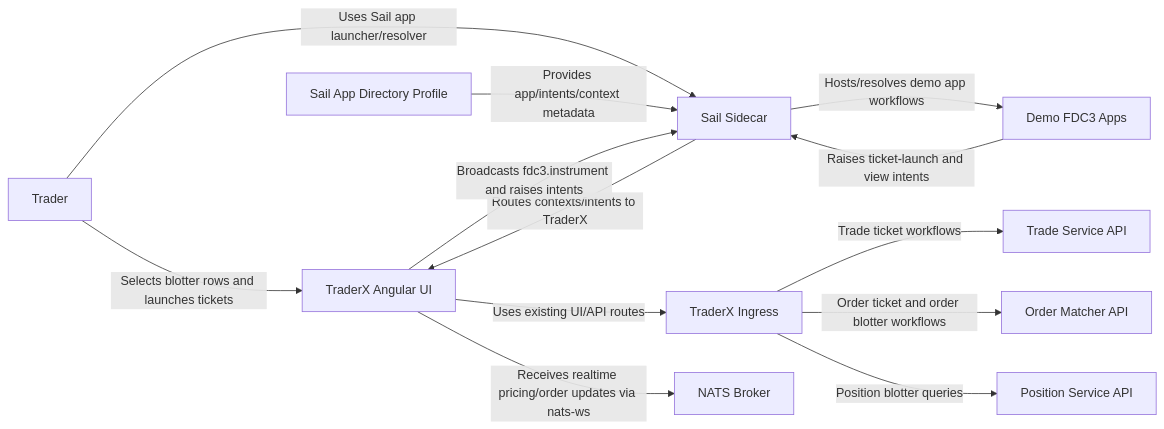
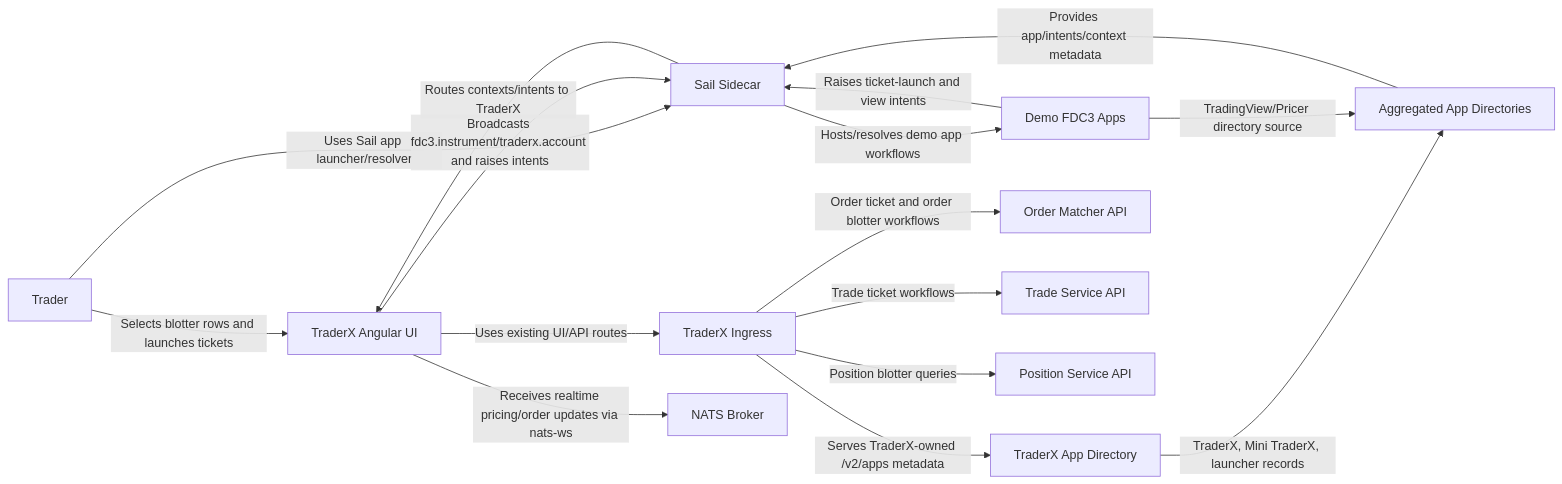
The diagram in specs/014-fdc3-intent-interoperability/system/architecture.md (finos/traderX), drawn with Mermaid before and after one commit. The commit also changed other lines of this file and 45 other files, not shown here.

Commit message:
Add FDC3 v3 Sail demo state

````diff
--- a/specs/014-fdc3-intent-interoperability/system/architecture.md
+++ b/specs/014-fdc3-intent-interoperability/system/architecture.md
@@ -16,25 +17,29 @@
 ```mermaid
 flowchart LR
   trader["Trader"]
   traderxUi["TraderX Angular UI"]
   traderxIngress["TraderX Ingress"]
+  traderxDirectory["TraderX App Directory"]
   sailSidecar["Sail Sidecar"]
-  sailDirectory["Sail App Directory Profile"]
+  sailDirectory["Aggregated App Directories"]
   demoApps["Demo FDC3 Apps"]
   orderApi["Order Matcher API"]
   tradeApi["Trade Service API"]
   positionApi["Position Service API"]
   nats["NATS Broker"]
   trader -->|"Selects blotter rows and launches tickets"| traderxUi
   trader -->|"Uses Sail app launcher/resolver"| sailSidecar
+  traderxIngress -->|"Serves TraderX-owned /v2/apps metadata"| traderxDirectory
+  traderxDirectory -->|"TraderX, Mini TraderX, launcher records"| sailDirectory
+  demoApps -->|"TradingView/Pricer directory source"| sailDirectory
   sailDirectory -->|"Provides app/intents/context metadata"| sailSidecar
   sailSidecar -->|"Routes contexts/intents to TraderX"| traderxUi
-  traderxUi -->|"Broadcasts fdc3.instrument and raises intents"| sailSidecar
+  traderxUi -->|"Broadcasts fdc3.instrument/traderx.account and raises intents"| sailSidecar
   sailSidecar -->|"Hosts/resolves demo app workflows"| demoApps
   demoApps -->|"Raises ticket-launch and view intents"| sailSidecar
   traderxUi -->|"Uses existing UI/API routes"| traderxIngress
   traderxIngress -->|"Trade ticket workflows"| tradeApi
   traderxIngress -->|"Order ticket and order blotter workflows"| orderApi
   traderxIngress -->|"Position blotter queries"| positionApi
   traderxUi -->|"Receives realtime pricing/order updates via nats-ws"| nats
 ```
````
